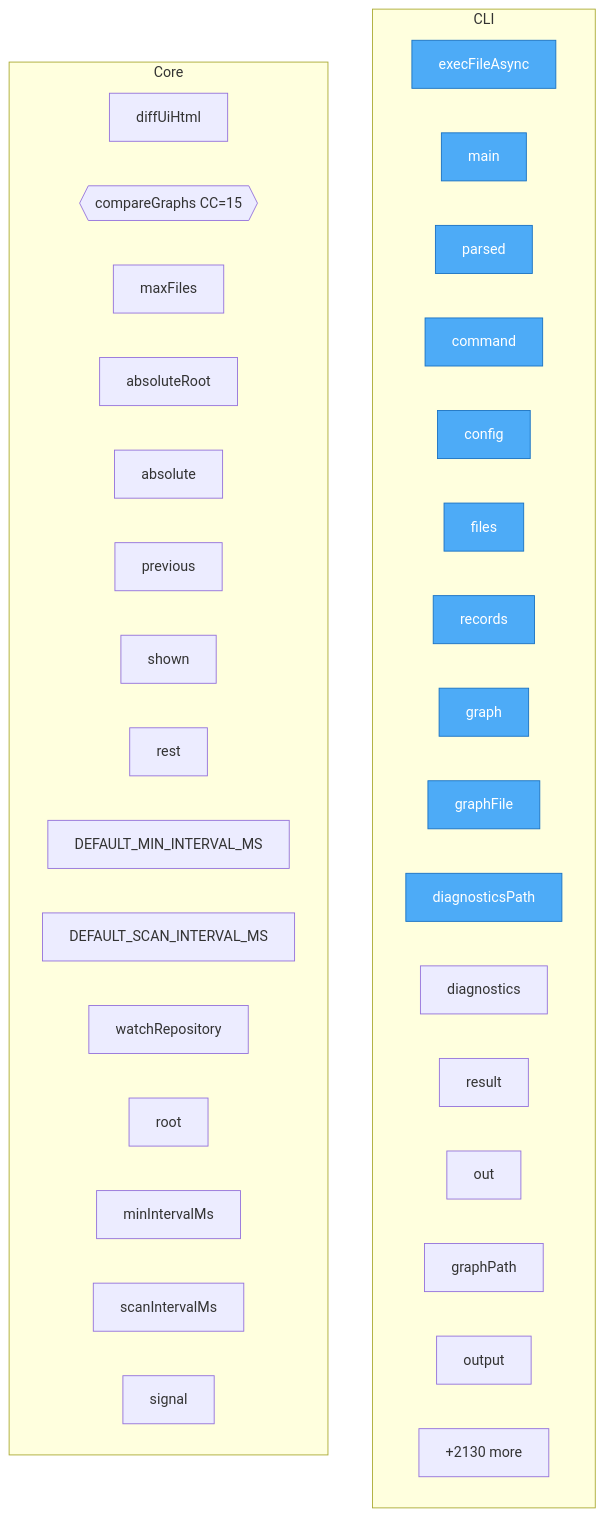
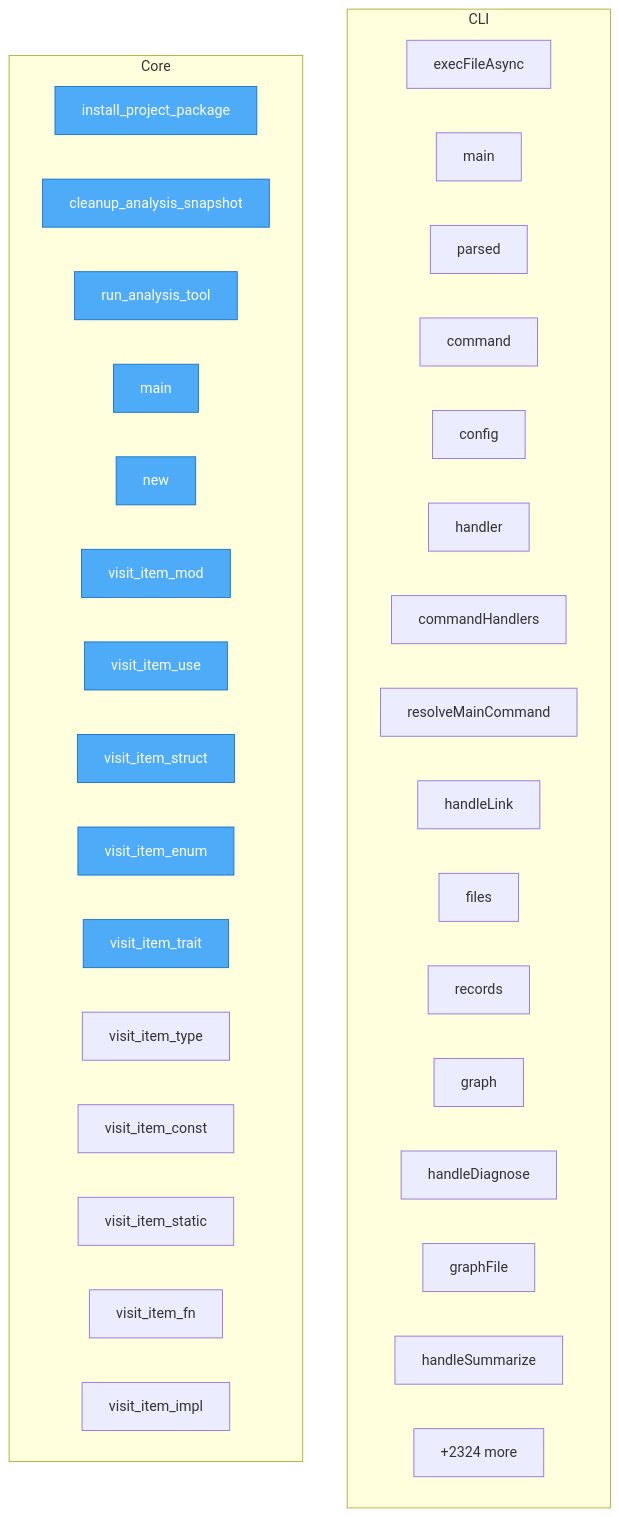
Before and after one commit to autogrammar/todo2code: the diagram in project/flow.mmd, drawn with Mermaid. The commit also changed 62 other files, not shown here.

```diff
--- a/project/flow.mmd
+++ b/project/flow.mmd
@@ -1,45 +1,45 @@
 flowchart TD
 %% generated in 0.04s
 
     %% Entry points (blue)
     classDef entry fill:#4dabf7,stroke:#1971c2,color:#fff
 
     subgraph CLI
         src__cli__execFileAsync["execFileAsync"]
         src__cli__main["main"]
         src__cli__parsed["parsed"]
         src__cli__command["command"]
         src__cli__config["config"]
+        src__cli__handler["handler"]
+        src__cli__commandHandlers["commandHandlers"]
+        src__cli__resolveMainCommand["resolveMainCommand"]
+        src__cli__handleLink["handleLink"]
         src__cli__files["files"]
         src__cli__records["records"]
         src__cli__graph["graph"]
+        src__cli__handleDiagnose["handleDiagnose"]
         src__cli__graphFile["graphFile"]
-        src__cli__diagnosticsPath["diagnosticsPath"]
-        src__cli__diagnostics["diagnostics"]
-        src__cli__result["result"]
-        src__cli__out["out"]
-        src__cli__graphPath["graphPath"]
-        src__cli__output["output"]
-        ...["+68 more"]
+        src__cli__handleSummarize["handleSummarize"]
+        ...["+103 more"]
     end
 
     subgraph Core
-        src__web__diff_ui__diffUiHtml["diffUiHtml"]
-        src__web__diff_ui__compareGraphs{{compareGraphs CC=15}}
-        src__watch__watcher__maxFiles["maxFiles"]
-        src__watch__watcher__absoluteRoot["absoluteRoot"]
-        src__watch__watcher__absolute["absolute"]
-        src__watch__watcher__previous["previous"]
-        src__watch__watcher__shown["shown"]
-        src__watch__watcher__rest["rest"]
-        src__watch__watcher__DEFAULT_MIN_INTERVAL_MS["DEFAULT_MIN_INTERVAL_MS"]
-        src__watch__watcher__DEFAULT_SCAN_INTERVAL_MS["DEFAULT_SCAN_INTERVAL_MS"]
-        src__watch__watcher__watchRepository["watchRepository"]
-        src__watch__watcher__root["root"]
-        src__watch__watcher__minIntervalMs["minIntervalMs"]
-        src__watch__watcher__scanIntervalMs["scanIntervalMs"]
-        src__watch__watcher__signal["signal"]
-        ...["+2130 more"]
+        project__install_project_package["install_project_package"]
+        project__cleanup_analysis_snapshot["cleanup_analysis_snapshot"]
+        project__run_analysis_tool["run_analysis_tool"]
+        rust_ast__src__main__main["main"]
+        rust_ast__src__main__new["new"]
+        rust_ast__src__main__visit_item_mod["visit_item_mod"]
+        rust_ast__src__main__visit_item_use["visit_item_use"]
+        rust_ast__src__main__visit_item_struct["visit_item_struct"]
+        rust_ast__src__main__visit_item_enum["visit_item_enum"]
+        rust_ast__src__main__visit_item_trait["visit_item_trait"]
+        rust_ast__src__main__visit_item_type["visit_item_type"]
+        rust_ast__src__main__visit_item_const["visit_item_const"]
+        rust_ast__src__main__visit_item_static["visit_item_static"]
+        rust_ast__src__main__visit_item_fn["visit_item_fn"]
+        rust_ast__src__main__visit_item_impl["visit_item_impl"]
+        ...["+2324 more"]
     end
 
-    class src__cli__execFileAsync,src__cli__main,src__cli__parsed,src__cli__command,src__cli__config,src__cli__files,src__cli__records,src__cli__graph,src__cli__graphFile,src__cli__diagnosticsPath entry
+    class project__install_project_package,project__cleanup_analysis_snapshot,project__run_analysis_tool,rust_ast__src__main__main,rust_ast__src__main__new,rust_ast__src__main__visit_item_mod,rust_ast__src__main__visit_item_use,rust_ast__src__main__visit_item_struct,rust_ast__src__main__visit_item_enum,rust_ast__src__main__visit_item_trait entry
```
